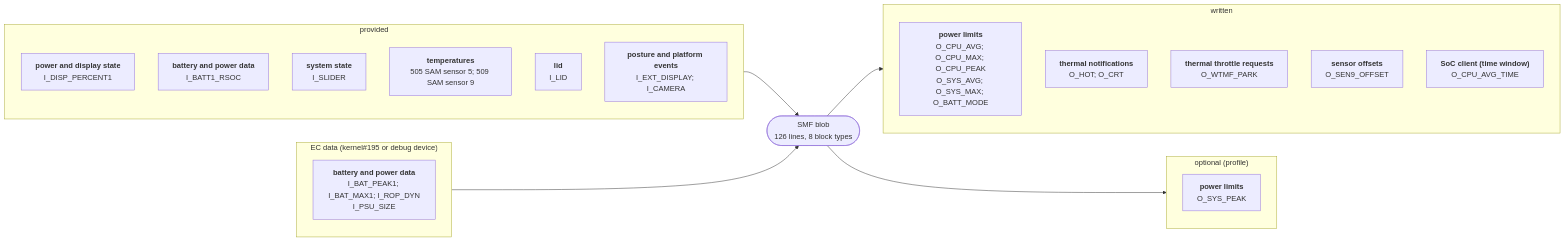
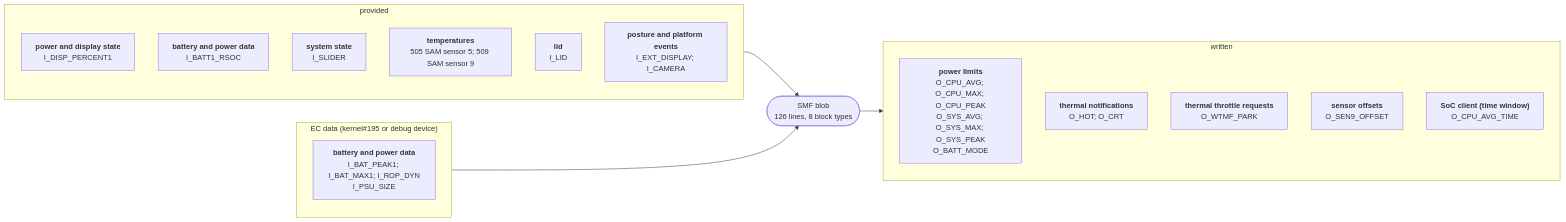
The diagram in docs/devices/surface-pro-7-plus.md (larsschellhas/linux-surface-power), drawn with Mermaid before and after one commit. The commit also changed other lines of this file and 50 other files, not shown here.

````diff
--- a/docs/devices/surface-pro-7-plus.md
+++ b/docs/devices/surface-pro-7-plus.md
@@ -20,29 +20,25 @@
 ```mermaid
 flowchart LR
     subgraph IN0["provided"]
         I0_1FB53D4C["<b>power and display state</b><br/>I_DISP_PERCENT1"]
         I0_28B7BD85["<b>battery and power data</b><br/>I_BATT1_RSOC"]
         I0_2DD6960F["<b>system state</b><br/>I_SLIDER"]
         I0_2E8B14C2["<b>temperatures</b><br/>505 SAM sensor 5; 509 SAM sensor 9"]
         I0_5D0EE597["<b>lid</b><br/>I_LID"]
         I0_8060B17F["<b>posture and platform events</b><br/>I_EXT_DISPLAY; I_CAMERA"]
     end
     IN0 --> B
     subgraph IN1["EC data (kernel#195 or debug device)"]
         I1_28B7BD85["<b>battery and power data</b><br/>I_BAT_PEAK1; I_BAT_MAX1; I_ROP_DYN<br/>I_PSU_SIZE"]
     end
     IN1 --> B
     B(["SMF blob<br/>126 lines, 8 block types"])
     subgraph OUT0["written"]
-        O0_0B7B5350["<b>power limits</b><br/>O_CPU_AVG; O_CPU_MAX; O_CPU_PEAK<br/>O_SYS_AVG; O_SYS_MAX; O_BATT_MODE"]
+        O0_0B7B5350["<b>power limits</b><br/>O_CPU_AVG; O_CPU_MAX; O_CPU_PEAK<br/>O_SYS_AVG; O_SYS_MAX; O_SYS_PEAK<br/>O_BATT_MODE"]
         O0_110DF2A4["<b>thermal notifications</b><br/>O_HOT; O_CRT"]
         O0_9BBB8910["<b>thermal throttle requests</b><br/>O_WTMF_PARK"]
         O0_A79674B4["<b>sensor offsets</b><br/>O_SEN9_OFFSET"]
         O0_CF2F6076["<b>SoC client (time window)</b><br/>O_CPU_AVG_TIME"]
     end
     B --> OUT0
-    subgraph OUT1["optional (profile)"]
-        O1_0B7B5350["<b>power limits</b><br/>O_SYS_PEAK"]
-    end
-    B --> OUT1
 ```
````
